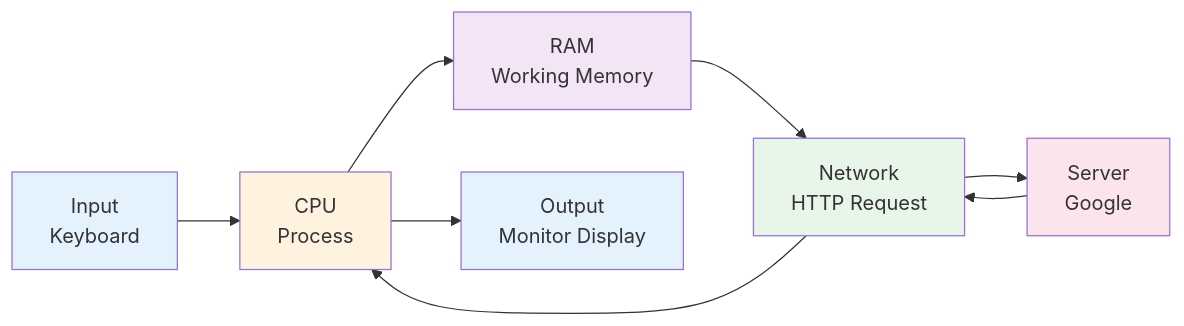
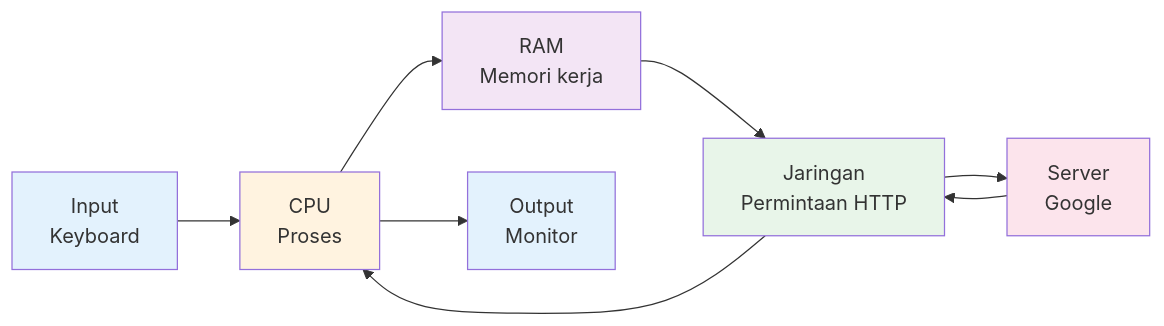
The diagram in module-1-dasar-komputer/lesson-01-apa-itu-komputer/konsep-workflow.md (muhammad-rapi/belajar-it-course), drawn with Mermaid before and after one commit. The commit also changed other lines of this file and 34 other files, not shown here.

````diff
--- a/module-1-dasar-komputer/lesson-01-apa-itu-komputer/konsep-workflow.md
+++ b/module-1-dasar-komputer/lesson-01-apa-itu-komputer/konsep-workflow.md
@@ -24,17 +16,17 @@
 ```mermaid
 graph LR
-    A[Input<br/>Keyboard] --> B[CPU<br/>Process]
-    B --> C[RAM<br/>Working Memory]
-    C --> D[Network<br/>HTTP Request]
+    A[Input<br/>Keyboard] --> B[CPU<br/>Proses]
+    B --> C[RAM<br/>Memori kerja]
+    C --> D[Jaringan<br/>Permintaan HTTP]
     D --> E[Server<br/>Google]
     E --> D
     D --> B
-    B --> F[Output<br/>Monitor Display]
-    
+    B --> F[Output<br/>Monitor]
+
     style A fill:#e3f2fd
     style B fill:#fff3e0
     style C fill:#f3e5f5
     style D fill:#e8f5e9
     style E fill:#fce4ec
     style F fill:#e3f2fd
 ```
````
